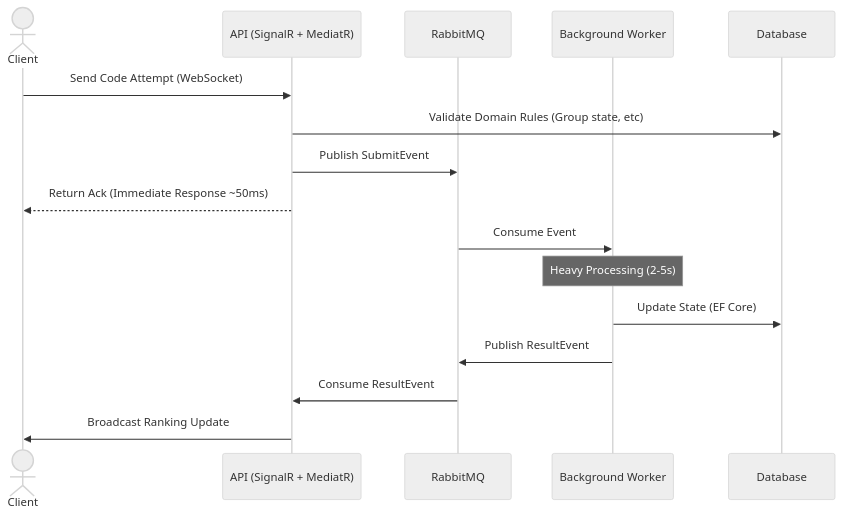
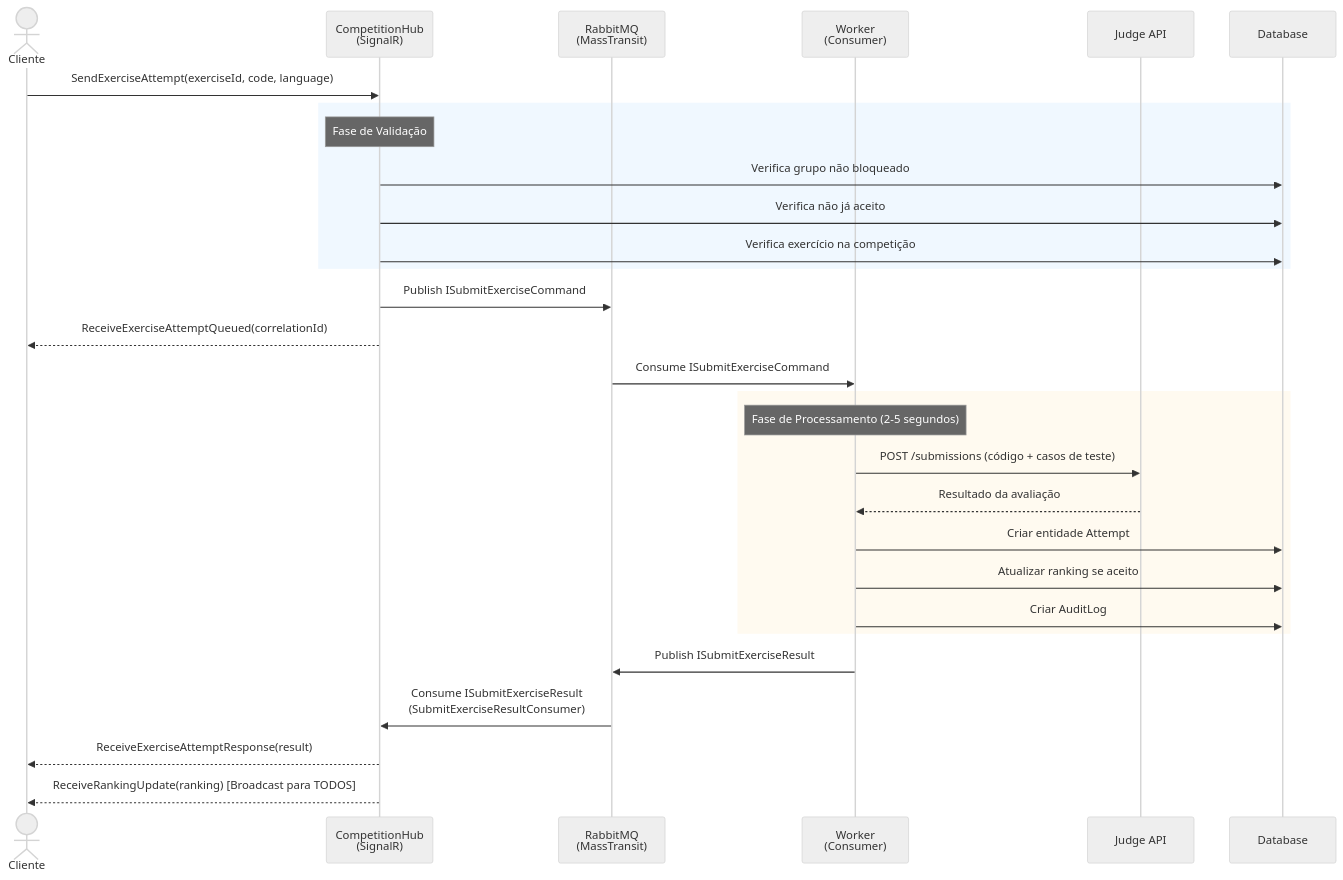
One commit to rafael135/FalconApiReborn changed the first of 3 diagrams in README.pt-br.md. Above: the diagram before and after it, drawn with Mermaid (neutral theme). The commit also changed other lines of this file and 1 other file, not shown here.

````diff
--- a/README.pt-br.md
+++ b/README.pt-br.md
@@ -42,21 +190,38 @@
 ```mermaid
 sequenceDiagram
-    actor Client
-    participant API as API (SignalR + MediatR)
-    participant RMQ as RabbitMQ
-    participant Worker as Background Worker
+    actor Cliente
+    participant Hub as CompetitionHub<br/>(SignalR)
+    participant RMQ as RabbitMQ<br/>(MassTransit)
+    participant Worker as Worker<br/>(Consumer)
+    participant Judge as Judge API
     participant DB as Database
 
-    Client->>API: Send Code Attempt (WebSocket)
-    API->>DB: Validate Domain Rules (Group state, etc)
-    API->>RMQ: Publish SubmitEvent
-    API-->>Client: Return Ack (Immediate Response ~50ms)
+    Cliente->>Hub: SendExerciseAttempt(exerciseId, code, language)
     
-    RMQ->>Worker: Consume Event
-    Note over Worker: Heavy Processing (2-5s)
-    Worker->>DB: Update State (EF Core)
-    Worker->>RMQ: Publish ResultEvent
+    rect rgb(240, 248, 255)
+        Note over Hub: Fase de Validação
+        Hub->>DB: Verifica grupo não bloqueado
+        Hub->>DB: Verifica não já aceito
+        Hub->>DB: Verifica exercício na competição
+    end
     
-    RMQ->>API: Consume ResultEvent
-    API->>Client: Broadcast Ranking Update
+    Hub->>RMQ: Publish ISubmitExerciseCommand
+    Hub-->>Cliente: ReceiveExerciseAttemptQueued(correlationId)
+    
+    RMQ->>Worker: Consume ISubmitExerciseCommand
+    
+    rect rgb(255, 250, 240)
+        Note over Worker: Fase de Processamento (2-5 segundos)
+        Worker->>Judge: POST /submissions (código + casos de teste)
+        Judge-->>Worker: Resultado da avaliação
+        Worker->>DB: Criar entidade Attempt
+        Worker->>DB: Atualizar ranking se aceito
+        Worker->>DB: Criar AuditLog
+    end
+    
+    Worker->>RMQ: Publish ISubmitExerciseResult
+    RMQ->>Hub: Consume ISubmitExerciseResult<br/>(SubmitExerciseResultConsumer)
+    
+    Hub-->>Cliente: ReceiveExerciseAttemptResponse(result)
+    Hub-->>Cliente: ReceiveRankingUpdate(ranking) [Broadcast para TODOS]
 ```
````
